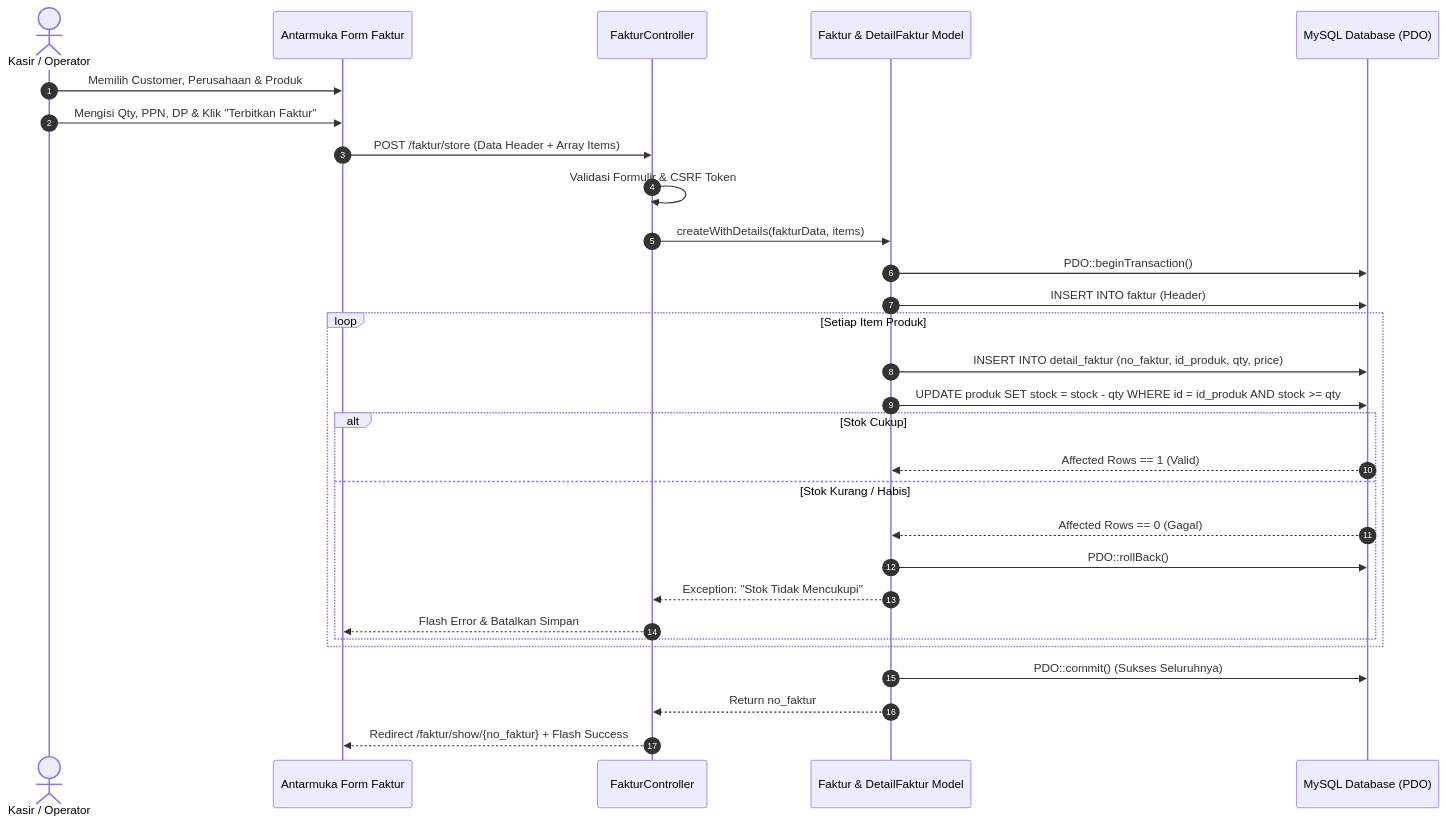
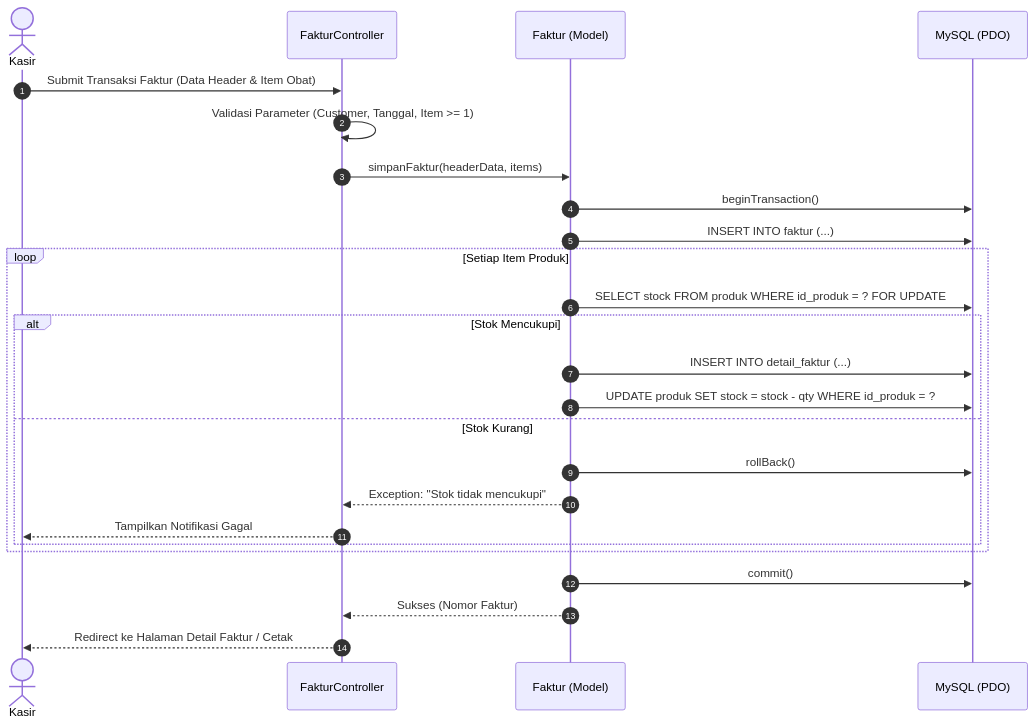
One commit to kkhwjnrk/kukuh_app changed the second of 2 diagrams in docs/SPESIFIKASI.md. Above: the diagram before and after it, drawn with Mermaid. The commit also changed other lines of this file and 33 other files, not shown here.

````diff
--- a/docs/SPESIFIKASI.md
+++ b/docs/SPESIFIKASI.md
@@ -138,35 +154,31 @@
 ```mermaid
 sequenceDiagram
     autonumber
-    actor Kasir as Kasir / Operator
-    participant UI as Antarmuka Form Faktur
+    actor Kasir
     participant Controller as FakturController
-    participant Model as Faktur & DetailFaktur Model
-    participant DB as MySQL Database (PDO)
+    participant Model as Faktur (Model)
+    participant DB as MySQL (PDO)
 
-    Kasir->>UI: Memilih Customer, Perusahaan & Produk
-    Kasir->>UI: Mengisi Qty, PPN, DP & Klik "Terbitkan Faktur"
-    UI->>Controller: POST /faktur/store (Data Header + Array Items)
-    Controller->>Controller: Validasi Formulir & CSRF Token
-    Controller->>Model: createWithDetails(fakturData, items)
+    Kasir->>Controller: Submit Transaksi Faktur (Data Header & Item Obat)
+    Controller->>Controller: Validasi Parameter (Customer, Tanggal, Item >= 1)
+    Controller->>Model: simpanFaktur(headerData, items)
     
-    Model->>DB: PDO::beginTransaction()
-    Model->>DB: INSERT INTO faktur (Header)
+    Model->>DB: beginTransaction()
+    Model->>DB: INSERT INTO faktur (...)
     
     loop Setiap Item Produk
-        Model->>DB: INSERT INTO detail_faktur (no_faktur, id_produk, qty, price)
-        Model->>DB: UPDATE produk SET stock = stock - qty WHERE id = id_produk AND stock >= qty
-        alt Stok Cukup
-            DB-->>Model: Affected Rows == 1 (Valid)
-        else Stok Kurang / Habis
-            DB-->>Model: Affected Rows == 0 (Gagal)
-            Model->>DB: PDO::rollBack()
-            Model-->>Controller: Exception: "Stok Tidak Mencukupi"
-            Controller-->>UI: Flash Error & Batalkan Simpan
+        Model->>DB: SELECT stock FROM produk WHERE id_produk = ? FOR UPDATE
+        alt Stok Mencukupi
+            Model->>DB: INSERT INTO detail_faktur (...)
+            Model->>DB: UPDATE produk SET stock = stock - qty WHERE id_produk = ?
+        else Stok Kurang
+            Model->>DB: rollBack()
+            Model-->>Controller: Exception: "Stok tidak mencukupi"
+            Controller-->>Kasir: Tampilkan Notifikasi Gagal
         end
     end
 
-    Model->>DB: PDO::commit() (Sukses Seluruhnya)
-    Model-->>Controller: Return no_faktur
-    Controller-->>UI: Redirect /faktur/show/{no_faktur} + Flash Success
+    Model->>DB: commit()
+    Model-->>Controller: Sukses (Nomor Faktur)
+    Controller-->>Kasir: Redirect ke Halaman Detail Faktur / Cetak
 ```
````
